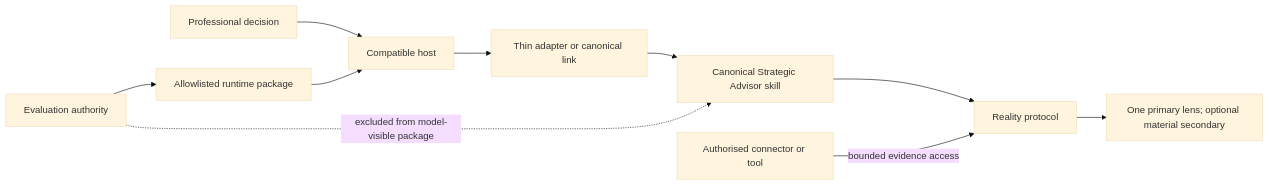
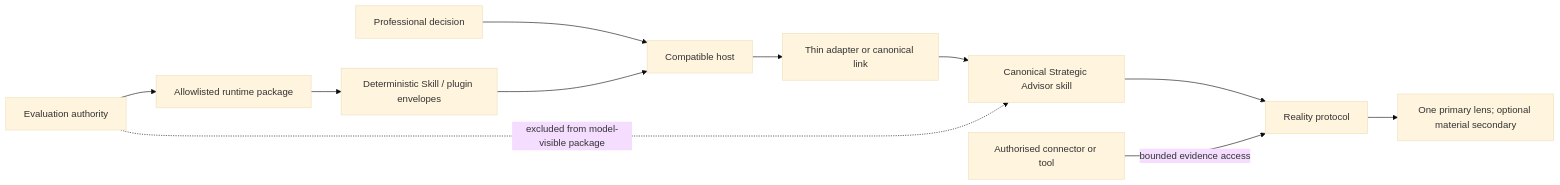
Before and after one commit to johndetlefs/strategic-advisor: the diagram in ARCHITECTURE.md, drawn with Mermaid (base theme). The commit also changed other lines of this file and 31 other files, not shown here.

````diff
--- a/ARCHITECTURE.md
+++ b/ARCHITECTURE.md
@@ -5,12 +5,13 @@
 ```mermaid
 flowchart LR
     U["Professional decision"] --> H["Compatible host"]
     H --> A["Thin adapter or canonical link"]
     A --> S["Canonical Strategic Advisor skill"]
     S --> C["Reality protocol"]
     C --> L["One primary lens; optional material secondary"]
     X["Authorised connector or tool"] -->|"bounded evidence access"| C
     E["Evaluation authority"] --> P["Allowlisted runtime package"]
-    P --> H
+    P --> D["Deterministic Skill / plugin envelopes"]
+    D --> H
     E -. "excluded from model-visible package" .-> S
 ```
````
